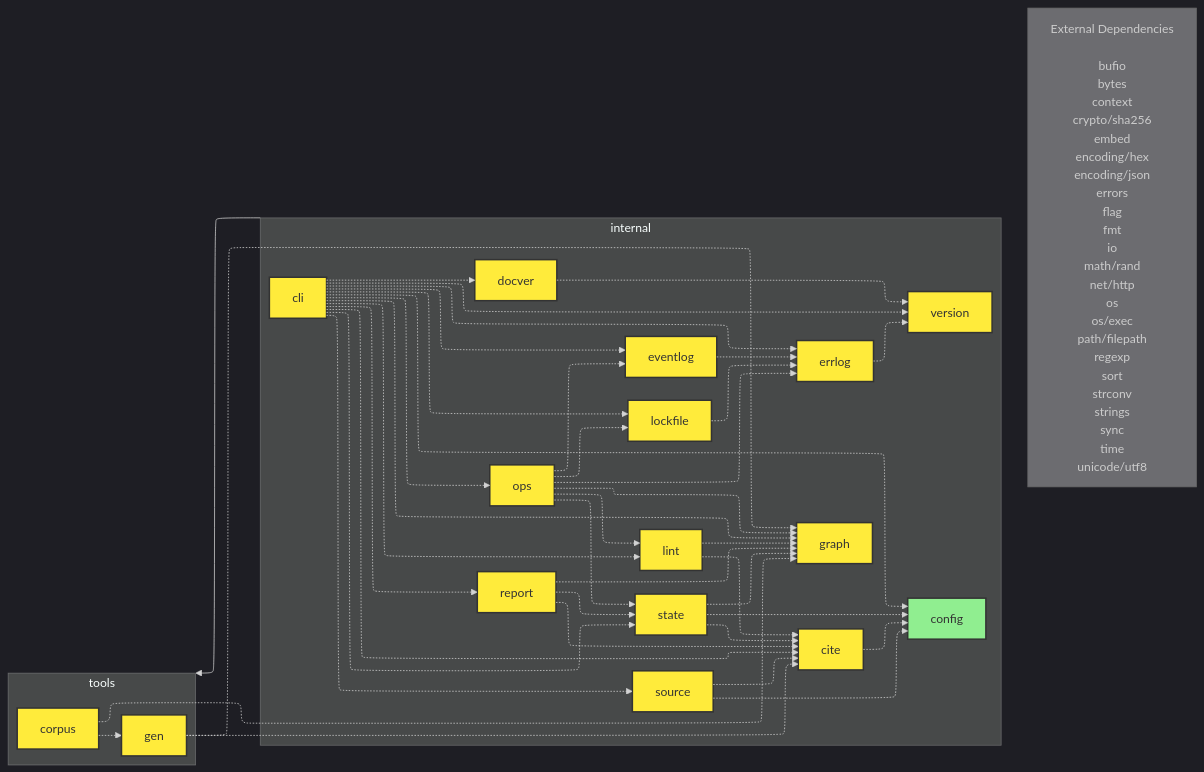
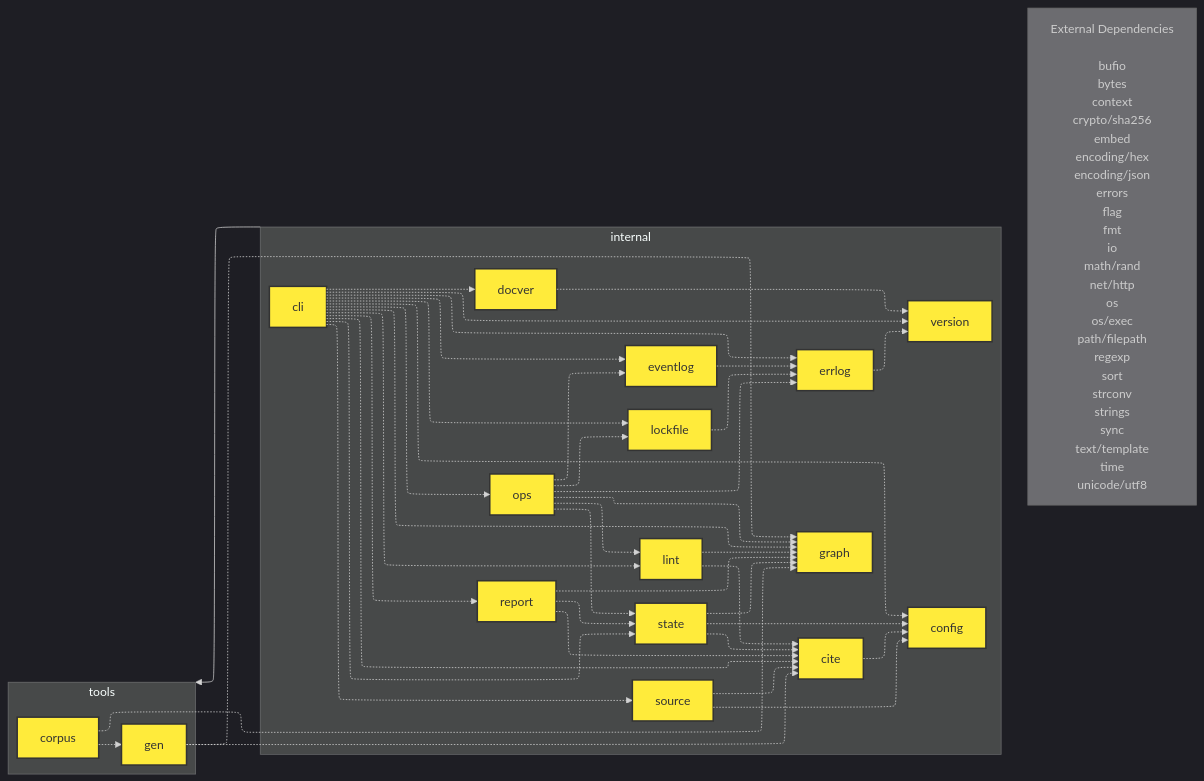
The diagram in internal/CODE_DIAGRAM.md (Reithan/teach-me), drawn with Mermaid before and after one commit. The commit also changed 10 other files, not shown here.

````diff
--- a/internal/CODE_DIAGRAM.md
+++ b/internal/CODE_DIAGRAM.md
@@ -25,7 +25,7 @@
     subgraph __3a52ce78["internal"]
         cite_f7064cd7["cite"]:::has_deps
         cli_2bd8e9c9["cli"]:::has_deps
-        config_1c2d3e4f["config"]:::no_deps
+        config_dfba7aad["config"]:::has_deps
         docver_6eba3a90["docver"]:::has_deps
         errlog_a6fd2db4["errlog"]:::has_deps
         eventlog_f5caa859["eventlog"]:::has_deps
@@ -44,9 +44,9 @@
     end
 
     %% Import dependencies
-    cite_f7064cd7 -.-> config_1c2d3e4f
+    cite_f7064cd7 -.-> config_dfba7aad
     cli_2bd8e9c9 -.-> cite_f7064cd7
-    cli_2bd8e9c9 -.-> config_1c2d3e4f
+    cli_2bd8e9c9 -.-> config_dfba7aad
     cli_2bd8e9c9 -.-> docver_6eba3a90
     cli_2bd8e9c9 -.-> errlog_a6fd2db4
     cli_2bd8e9c9 -.-> eventlog_f5caa859
@@ -74,9 +74,9 @@
     report_a27297bd -.-> graph_29a184b6
     report_a27297bd -.-> state_aa4a5f81
     source_828d338a -.-> cite_f7064cd7
-    source_828d338a -.-> config_1c2d3e4f
+    source_828d338a -.-> config_dfba7aad
     state_aa4a5f81 -.-> cite_f7064cd7
-    state_aa4a5f81 -.-> config_1c2d3e4f
+    state_aa4a5f81 -.-> config_dfba7aad
     state_aa4a5f81 -.-> graph_29a184b6
     tools_corpus_0198e50f -.-> graph_29a184b6
     tools_corpus_0198e50f -.-> tools_gen_568ea8cb
@@ -84,6 +84,6 @@
     tools_gen_568ea8cb -.-> graph_29a184b6
 
     %% External dependencies
-    external["External Dependencies<br/><br/>bufio<br/>bytes<br/>context<br/>crypto/sha256<br/>embed<br/>encoding/hex<br/>encoding/json<br/>errors<br/>flag<br/>fmt<br/>io<br/>math/rand<br/>net/http<br/>os<br/>os/exec<br/>path/filepath<br/>regexp<br/>sort<br/>strconv<br/>strings<br/>sync<br/>time<br/>unicode/utf8"]:::external
+    external["External Dependencies<br/><br/>bufio<br/>bytes<br/>context<br/>crypto/sha256<br/>embed<br/>encoding/hex<br/>encoding/json<br/>errors<br/>flag<br/>fmt<br/>io<br/>math/rand<br/>net/http<br/>os<br/>os/exec<br/>path/filepath<br/>regexp<br/>sort<br/>strconv<br/>strings<br/>sync<br/>text/template<br/>time<br/>unicode/utf8"]:::external
     __3a52ce78 ~~~ external
 ```
````
